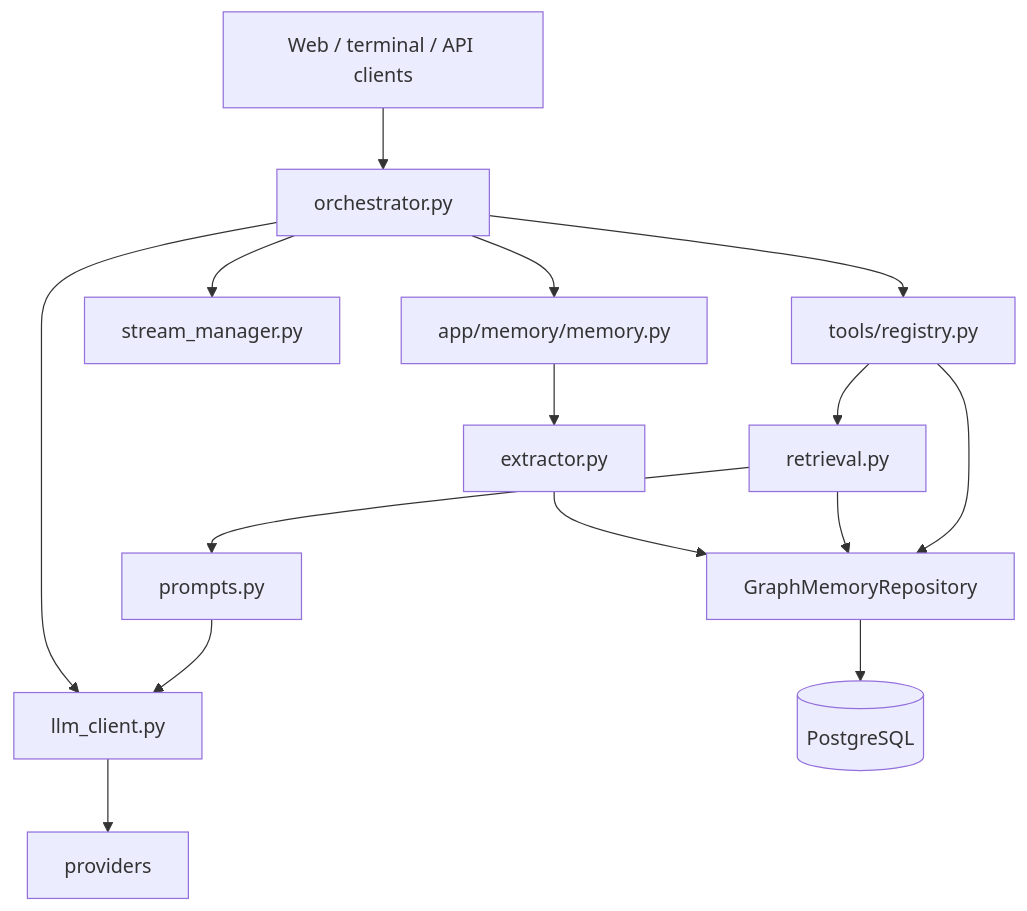
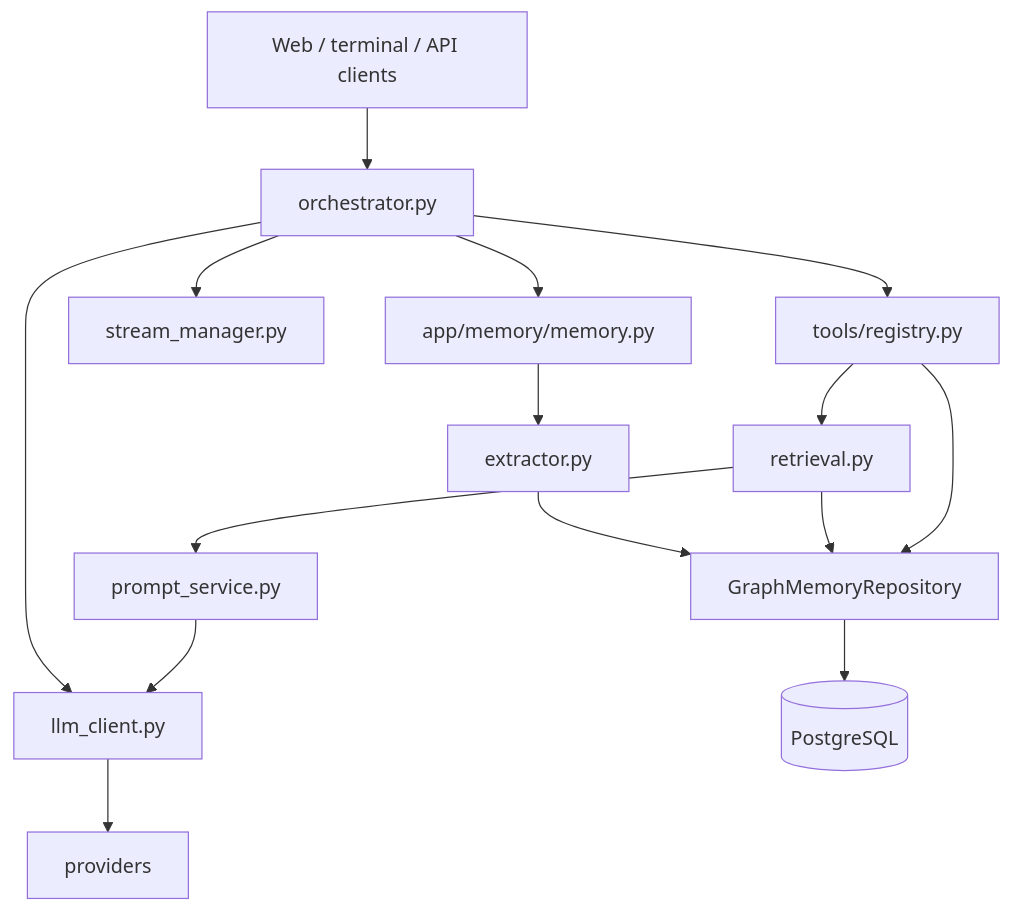
The first of 2 diagrams in docs/ARCHITECTURE.md (icedeyes12/yuzu-core), drawn with Mermaid before and after one commit. The commit also changed other lines of this file and 14 other files, not shown here.

Commit message:
docs: sync architecture and remove stale artifacts

````diff
--- a/docs/ARCHITECTURE.md
+++ b/docs/ARCHITECTURE.md
@@ -9,17 +9,17 @@
 ```mermaid
 flowchart TB
     UI[Web / terminal / API clients] --> O[orchestrator.py]
     O --> L[llm_client.py]
     L --> P[providers]
     O --> T[tools/registry.py]
     O --> S[stream_manager.py]
     O --> M[app/memory/memory.py]
     M --> X[extractor.py]
     X --> G[GraphMemoryRepository]
     G --> DB[(PostgreSQL)]
     R[retrieval.py] --> G
-    R --> PR[prompts.py]
+    R --> PR[prompt_service.py]
     PR --> L
     T --> R
     T --> G
 ```
````
